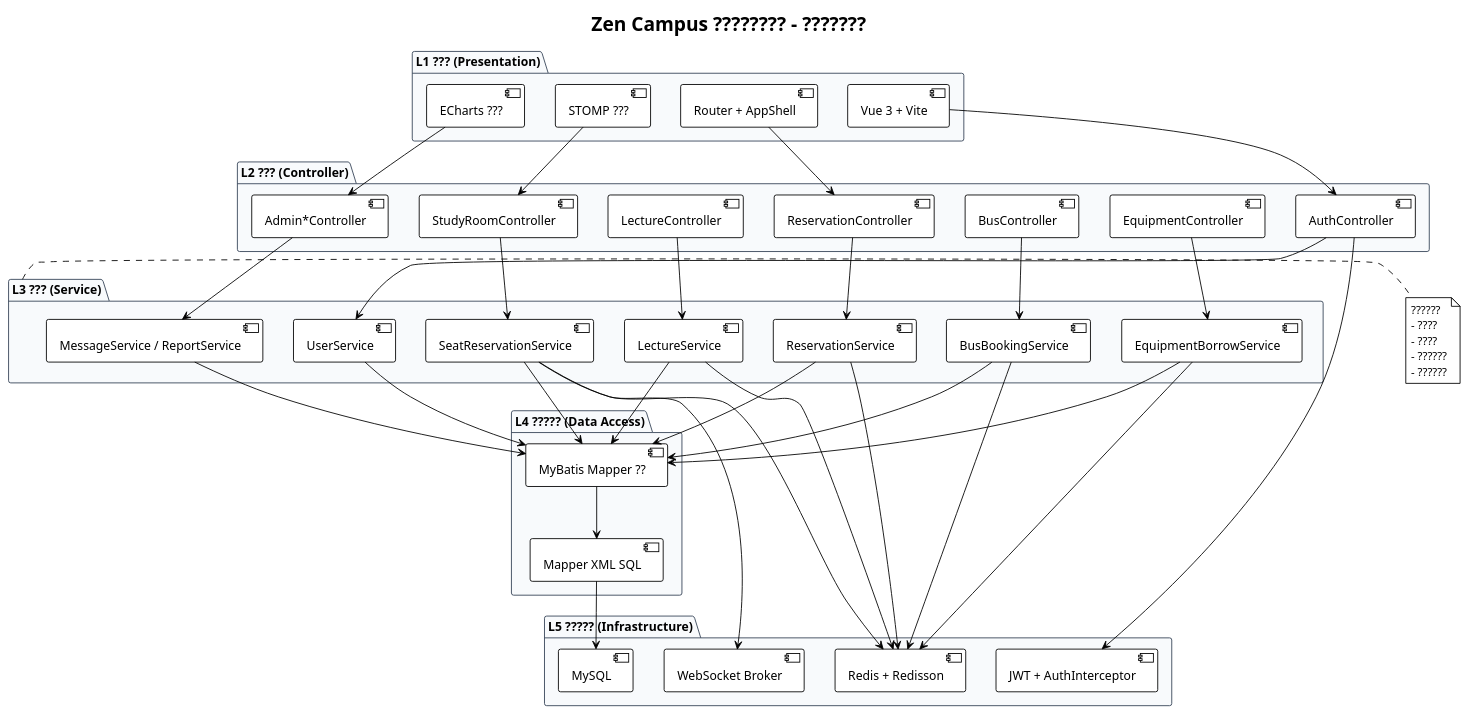
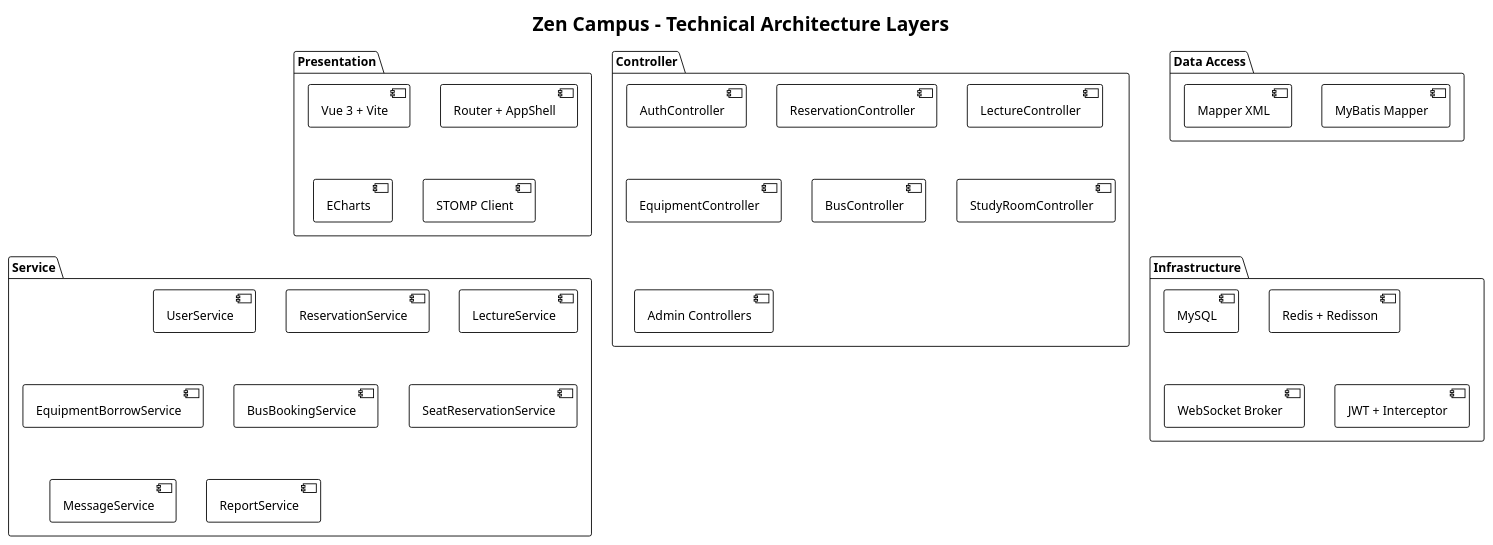
One commit to ooyyh/zen changed the diagram in report/result/charts/08_Technical_Architecture_Layers.puml. Above: the diagram before and after it, drawn with PlantUML. The commit also changed 16 other files, not shown here.

```diff
--- a/report/result/charts/08_Technical_Architecture_Layers.puml
+++ b/report/result/charts/08_Technical_Architecture_Layers.puml
@@ -1,89 +1,47 @@
-@startuml ???????
+@startuml Technical Layers
 !theme plain
 skinparam backgroundColor #FFFFFF
-skinparam package {
-  BackgroundColor #F8FAFC
-  BorderColor #334155
+
+title Zen Campus - Technical Architecture Layers
+
+package "Presentation" {
+  [Vue 3 + Vite]
+  [Router + AppShell]
+  [ECharts]
+  [STOMP Client]
 }
 
-title Zen Campus ???????? - ???????
-
-package "L1 ??? (Presentation)" as L1 {
-  [Vue 3 + Vite] as V1
-  [Router + AppShell] as V2
-  [ECharts ???] as V3
-  [STOMP ???] as V4
+package "Controller" {
+  [AuthController]
+  [ReservationController]
+  [LectureController]
+  [EquipmentController]
+  [BusController]
+  [StudyRoomController]
+  [Admin Controllers]
 }
 
-package "L2 ??? (Controller)" as L2 {
-  [AuthController] as C1
-  [ReservationController] as C2
-  [LectureController] as C3
-  [EquipmentController] as C4
-  [BusController] as C5
-  [StudyRoomController] as C6
-  [Admin*Controller] as C7
+package "Service" {
+  [UserService]
+  [ReservationService]
+  [LectureService]
+  [EquipmentBorrowService]
+  [BusBookingService]
+  [SeatReservationService]
+  [MessageService]
+  [ReportService]
 }
 
-package "L3 ??? (Service)" as L3 {
-  [UserService] as S1
-  [ReservationService] as S2
-  [LectureService] as S3
-  [EquipmentBorrowService] as S4
-  [BusBookingService] as S5
-  [SeatReservationService] as S6
-  [MessageService / ReportService] as S7
+package "Data Access" {
+  [MyBatis Mapper]
+  [Mapper XML]
 }
 
-package "L4 ????? (Data Access)" as L4 {
-  [MyBatis Mapper ??] as D1
-  [Mapper XML SQL] as D2
+package "Infrastructure" {
+  [MySQL]
+  [Redis + Redisson]
+  [WebSocket Broker]
+  [JWT + Interceptor]
 }
 
-package "L5 ????? (Infrastructure)" as L5 {
-  [MySQL] as I1
-  [Redis + Redisson] as I2
-  [WebSocket Broker] as I3
-  [JWT + AuthInterceptor] as I4
-}
-
-V1 --> C1
-V2 --> C2
-V3 --> C7
-V4 --> C6
-
-C1 --> S1
-C2 --> S2
-C3 --> S3
-C4 --> S4
-C5 --> S5
-C6 --> S6
-C7 --> S7
-
-S1 --> D1
-S2 --> D1
-S3 --> D1
-S4 --> D1
-S5 --> D1
-S6 --> D1
-S7 --> D1
-
-D1 --> D2
-D2 --> I1
-S2 --> I2
-S3 --> I2
-S4 --> I2
-S5 --> I2
-S6 --> I2
-S6 --> I3
-C1 --> I4
-
-note right of L3
-  ??????
-  - ????
-  - ????
-  - ??????
-  - ??????
-end note
-
 @enduml
```
